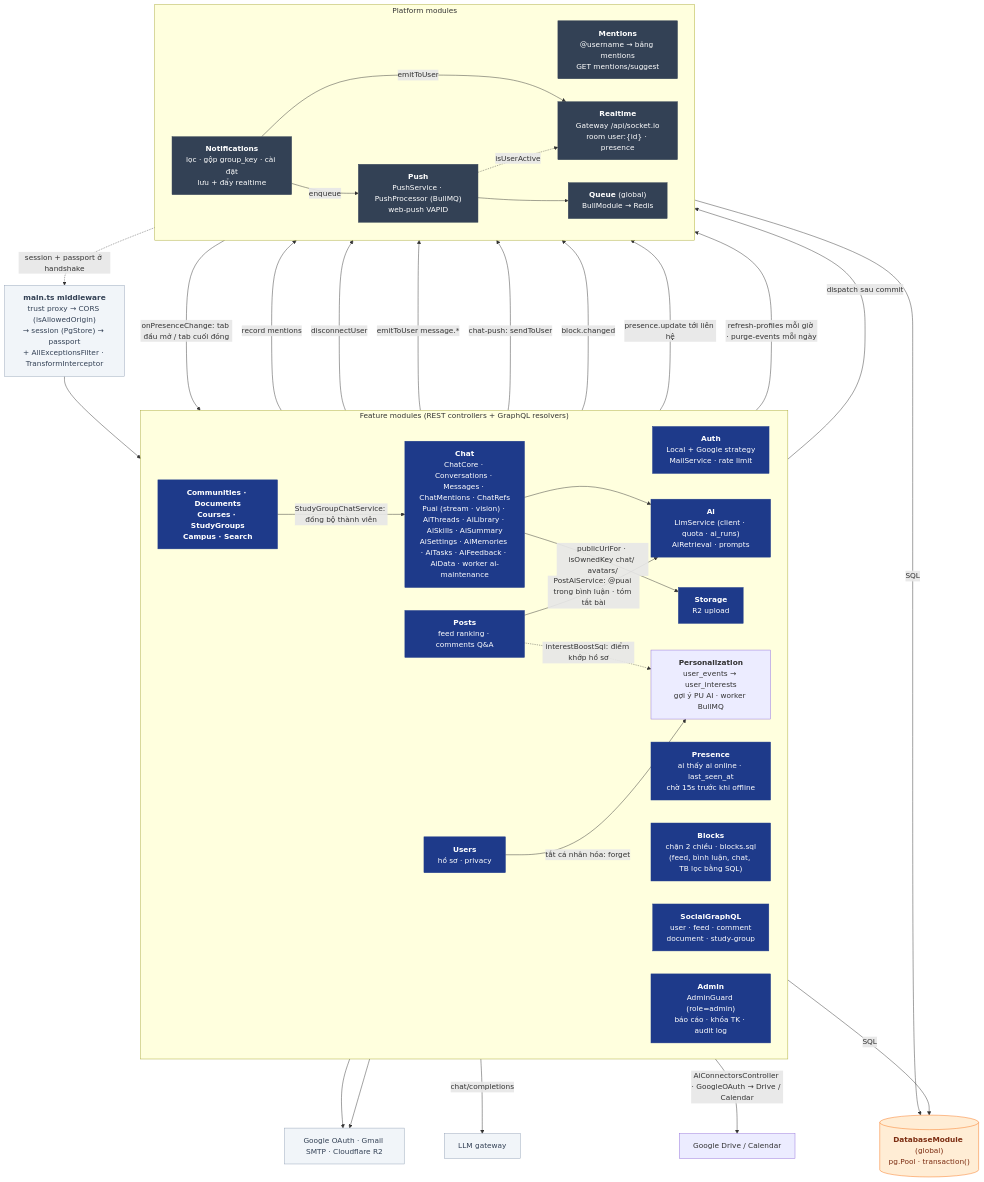
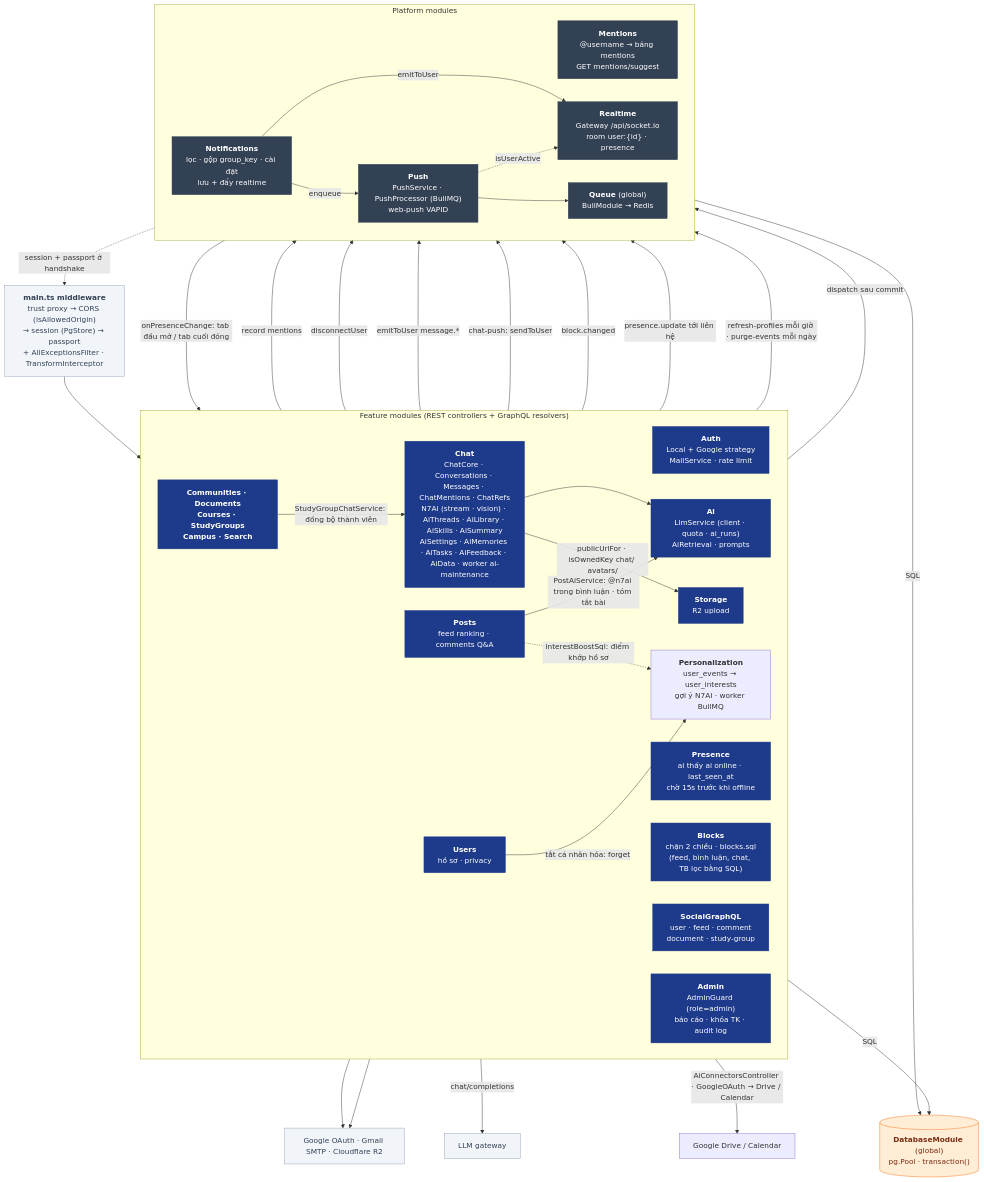
Before and after one commit to nhatcoi/pu-connect: the diagram in docs/diagrams/03-api-components.md, drawn with Mermaid. The commit also changed other lines of this file and 15 other files, not shown here.

````diff
--- a/docs/diagrams/03-api-components.md
+++ b/docs/diagrams/03-api-components.md
@@ -7,66 +7,66 @@
 ```mermaid
 flowchart TB
   mw["<b>main.ts middleware</b><br/>trust proxy → CORS (isAllowedOrigin)<br/>→ session (PgStore) → passport<br/>+ AllExceptionsFilter · TransformInterceptor"]
 
   subgraph Feature["Feature modules (REST controllers + GraphQL resolvers)"]
     direction LR
     auth["<b>Auth</b><br/>Local + Google strategy<br/>MailService · rate limit"]
     users["<b>Users</b><br/>hồ sơ · privacy"]
     presence["<b>Presence</b><br/>ai thấy ai online · last_seen_at<br/>chờ 15s trước khi offline"]
     blocks["<b>Blocks</b><br/>chặn 2 chiều · blocks.sql<br/>(feed, bình luận, chat, TB lọc bằng SQL)"]
     posts["<b>Posts</b><br/>feed ranking · comments Q&A"]
     gql["<b>SocialGraphQL</b><br/>user · feed · comment<br/>document · study-group"]
     others["<b>Communities · Documents<br/>Courses · StudyGroups<br/>Campus · Search</b>"]
     storage["<b>Storage</b><br/>R2 upload"]
     admin["<b>Admin</b><br/>AdminGuard (role=admin)<br/>báo cáo · khóa TK · audit log"]
-    chat["<b>Chat</b><br/>ChatCore · Conversations · Messages · ChatMentions · ChatRefs<br/>Puai (stream · vision) · AiThreads · AiLibrary · AiSkills · AiSummary<br/>AiSettings · AiMemories · AiTasks · AiFeedback · AiData · worker ai-maintenance"]
+    chat["<b>Chat</b><br/>ChatCore · Conversations · Messages · ChatMentions · ChatRefs<br/>N7Ai (stream · vision) · AiThreads · AiLibrary · AiSkills · AiSummary<br/>AiSettings · AiMemories · AiTasks · AiFeedback · AiData · worker ai-maintenance"]
     ai["<b>Ai</b><br/>LlmService (client · quota · ai_runs)<br/>AiRetrieval · prompts"]
-    perso["<b>Personalization</b><br/>user_events → user_interests<br/>gợi ý PU AI · worker BullMQ"]
+    perso["<b>Personalization</b><br/>user_events → user_interests<br/>gợi ý N7AI · worker BullMQ"]
   end
 
   subgraph Platform["Platform modules"]
     direction LR
     mentions["<b>Mentions</b><br/>@username → bảng mentions<br/>GET mentions/suggest"]
     notif["<b>Notifications</b><br/>lọc · gộp group_key · cài đặt<br/>lưu + đẩy realtime"]
     rt["<b>Realtime</b><br/>Gateway /api/socket.io<br/>room user:{id} · presence"]
     push["<b>Push</b><br/>PushService · PushProcessor (BullMQ)<br/>web-push VAPID"]
     queue["<b>Queue</b> (global)<br/>BullModule → Redis"]
   end
 
   db[("<b>DatabaseModule</b> (global)<br/>pg.Pool · transaction()")]
   ext["Google OAuth · Gmail SMTP · Cloudflare R2"]
 
   mw --> Feature
   posts -->|record mentions| mentions
   Feature -->|dispatch sau commit| notif -->|emitToUser| rt
   notif -->|enqueue| push --> queue
   push -. isUserActive .-> rt
   rt -. session + passport ở handshake .-> mw
   Feature -->|SQL| db
   Platform -->|SQL| db
   auth & storage --> ext
   admin -->|disconnectUser| rt
   chat -->|emitToUser message.*| rt
   chat -->|chat-push: sendToUser| push
   chat --> ai
-  posts -->|PostAiService: @puai trong bình luận · tóm tắt bài| ai
+  posts -->|PostAiService: @n7ai trong bình luận · tóm tắt bài| ai
   ai -->|chat/completions| llm["LLM gateway"]
   ai -->|AiConnectorsController · GoogleOAuth → Drive / Calendar| gdrive["Google Drive / Calendar"]
   chat -->|publicUrlFor · isOwnedKey chat/ avatars/| storage
   others -->|StudyGroupChatService: đồng bộ thành viên| chat
   blocks -->|block.changed| rt
   rt -->|onPresenceChange: tab đầu mở / tab cuối đóng| presence
   presence -->|presence.update tới liên hệ| rt
   users -->|tắt cá nhân hóa: forget| perso
   perso -->|refresh-profiles mỗi giờ · purge-events mỗi ngày| queue
   posts -. interestBoostSql: điểm khớp hồ sơ .-> perso
 
   classDef mod fill:#1e3a8a,stroke:#1e3a8a,color:#fff
   classDef plat fill:#334155,stroke:#334155,color:#fff
   classDef store fill:#ffedd5,stroke:#f97316,color:#7c2d12
   classDef external fill:#f1f5f9,stroke:#94a3b8,color:#334155
   class auth,users,blocks,presence,ai,posts,communities,others,storage,gql,admin,chat mod
   class mentions,notif,rt,push,queue plat
   class db store
   class ext,mw,llm external
 ```
````
